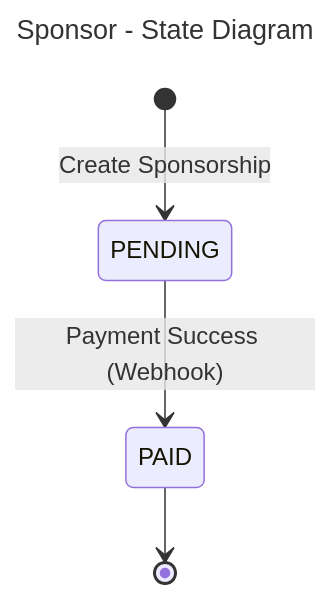
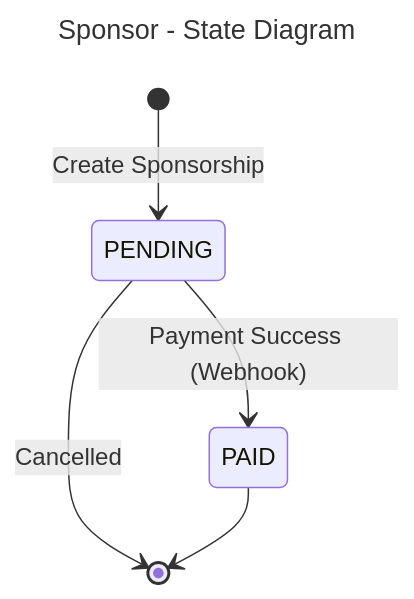
One commit to viethoang1520/artchain-server changed the diagram in documents/sponsor/state-sponsor.mmd. Above: the diagram before and after it, drawn with Mermaid. The commit also changed 2 other files, not shown here.

```diff
--- a/documents/sponsor/state-sponsor.mmd
+++ b/documents/sponsor/state-sponsor.mmd
@@ -1,7 +1,8 @@
 ---
 title: Sponsor - State Diagram
 ---
 stateDiagram-v2
     [*] --> PENDING : Create Sponsorship
     PENDING --> PAID : Payment Success (Webhook)
+    PENDING --> [*] : Cancelled
     PAID --> [*]
```
